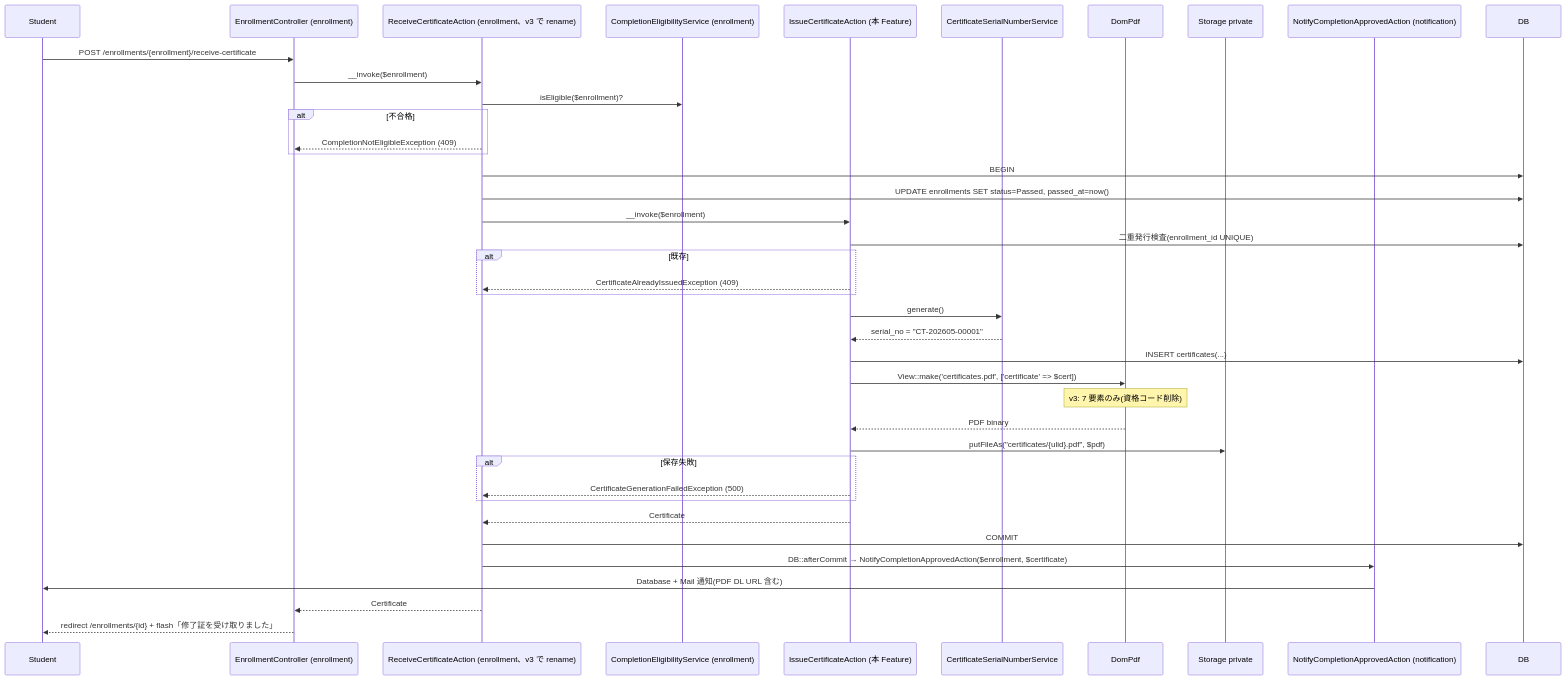
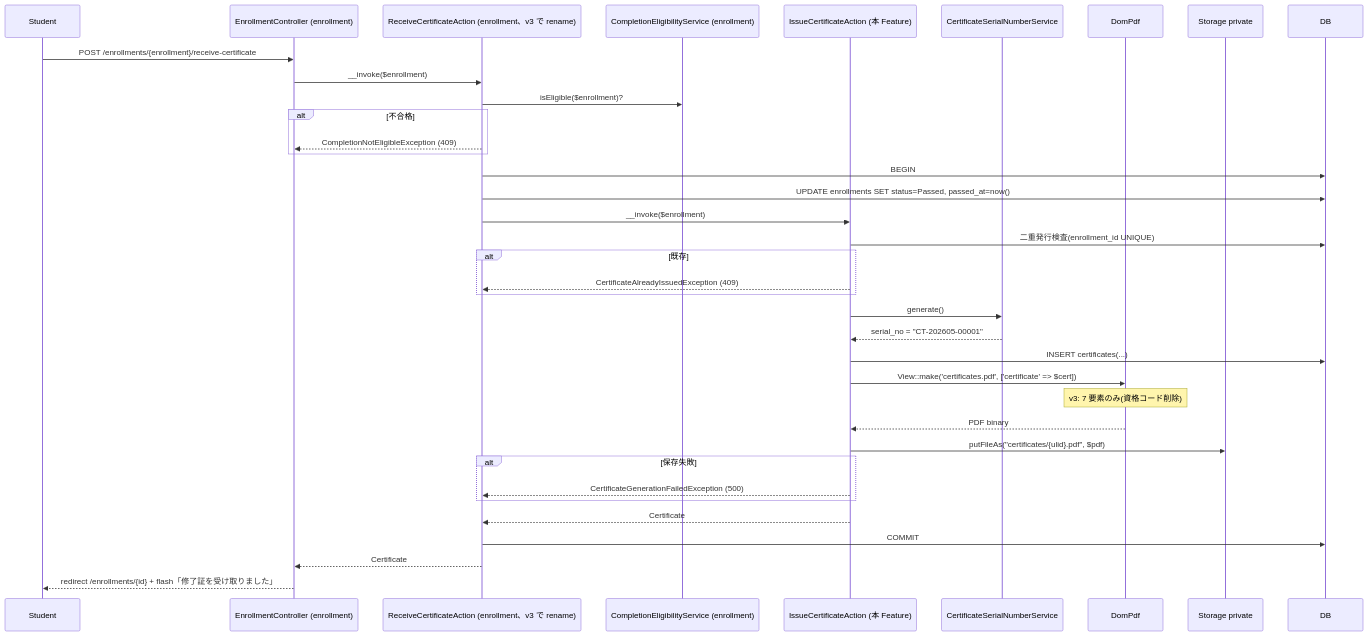
Before and after one commit to coachtech-mockcase-second/ExampleAnswer-mockcase-CertifyLMS: the first of 3 diagrams in docs/specs/certification-management/design.md, drawn with Mermaid. The commit also changed 84 other files, not shown here.

````diff
--- a/docs/specs/certification-management/design.md
+++ b/docs/specs/certification-management/design.md
@@ -15,43 +15,40 @@
 ```mermaid
 sequenceDiagram
     participant Student
     participant EC as EnrollmentController (enrollment)
     participant RCA as ReceiveCertificateAction (enrollment、v3 で rename)
     participant CES as CompletionEligibilityService (enrollment)
     participant ICA as IssueCertificateAction (本 Feature)
     participant CSN as CertificateSerialNumberService
     participant PDF as DomPdf
     participant Storage as Storage private
-    participant Notif as NotifyCompletionApprovedAction (notification)
     participant DB
 
     Student->>EC: POST /enrollments/{enrollment}/receive-certificate
     EC->>RCA: __invoke($enrollment)
     RCA->>CES: isEligible($enrollment)?
     alt 不合格
         RCA-->>EC: CompletionNotEligibleException (409)
     end
     RCA->>DB: BEGIN
     RCA->>DB: UPDATE enrollments SET status=Passed, passed_at=now()
     RCA->>ICA: __invoke($enrollment)
     ICA->>DB: 二重発行検査(enrollment_id UNIQUE)
     alt 既存
         ICA-->>RCA: CertificateAlreadyIssuedException (409)
     end
     ICA->>CSN: generate()
     CSN-->>ICA: serial_no = "CT-202605-00001"
     ICA->>DB: INSERT certificates(...)
     ICA->>PDF: View::make('certificates.pdf', ['certificate' => $cert])
     Note over PDF: v3: 7 要素のみ(資格コード削除)
     PDF-->>ICA: PDF binary
     ICA->>Storage: putFileAs("certificates/{ulid}.pdf", $pdf)
     alt 保存失敗
         ICA-->>RCA: CertificateGenerationFailedException (500)
     end
     ICA-->>RCA: Certificate
     RCA->>DB: COMMIT
-    RCA->>Notif: DB::afterCommit → NotifyCompletionApprovedAction($enrollment, $certificate)
-    Notif->>Student: Database + Mail 通知(PDF DL URL 含む)
     RCA-->>EC: Certificate
     EC-->>Student: redirect /enrollments/{id} + flash「修了証を受け取りました」
 ```
````
